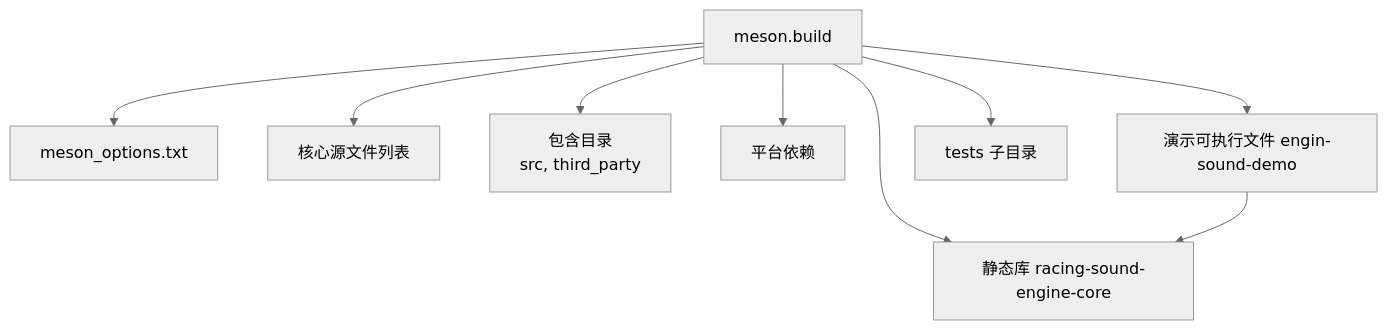
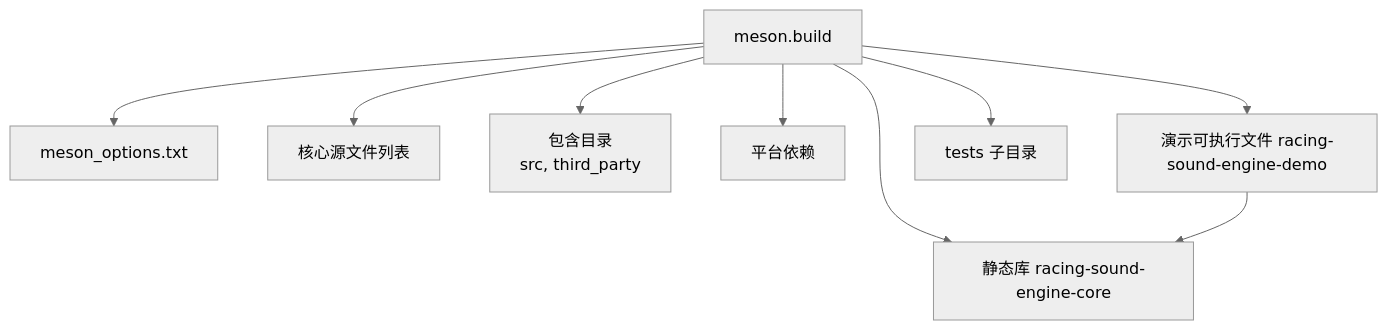
Before and after one commit to bangbangde/racing-sound-engine: the fourth of 4 diagrams in .qoder/repowiki/zh/content/构建和部署配置.md, drawn with Mermaid (neutral theme). The commit also changed other lines of this file and 1 other file, not shown here.

Commit message:
refactor(build): 重命名演示可执行文件为 racing-sound-engine-demo
- 在 Meson 构建脚本中更新演示文件名
- 更新文档中演示可执行文件的名称以保持一致
- 修正相关依赖和链接配置中的演示文件名
- 确保演示构建选项正确指向新的文件名

````diff
--- a/.qoder/repowiki/zh/content/构建和部署配置.md
+++ b/.qoder/repowiki/zh/content/构建和部署配置.md
@@ -177,11 +177,11 @@
 ```mermaid
 graph TB
 MB["meson.build"] --> OPT["meson_options.txt"]
 MB --> CORE["核心源文件列表"]
 MB --> INC["包含目录<br/>src, third_party"]
 MB --> DEPS["平台依赖"]
 MB --> LIB["静态库 racing-sound-engine-core"]
-MB --> DEMO["演示可执行文件 engin-sound-demo"]
+MB --> DEMO["演示可执行文件 racing-sound-engine-demo"]
 MB --> TESTS["tests 子目录"]
 DEMO --> LIB
 ```
````
